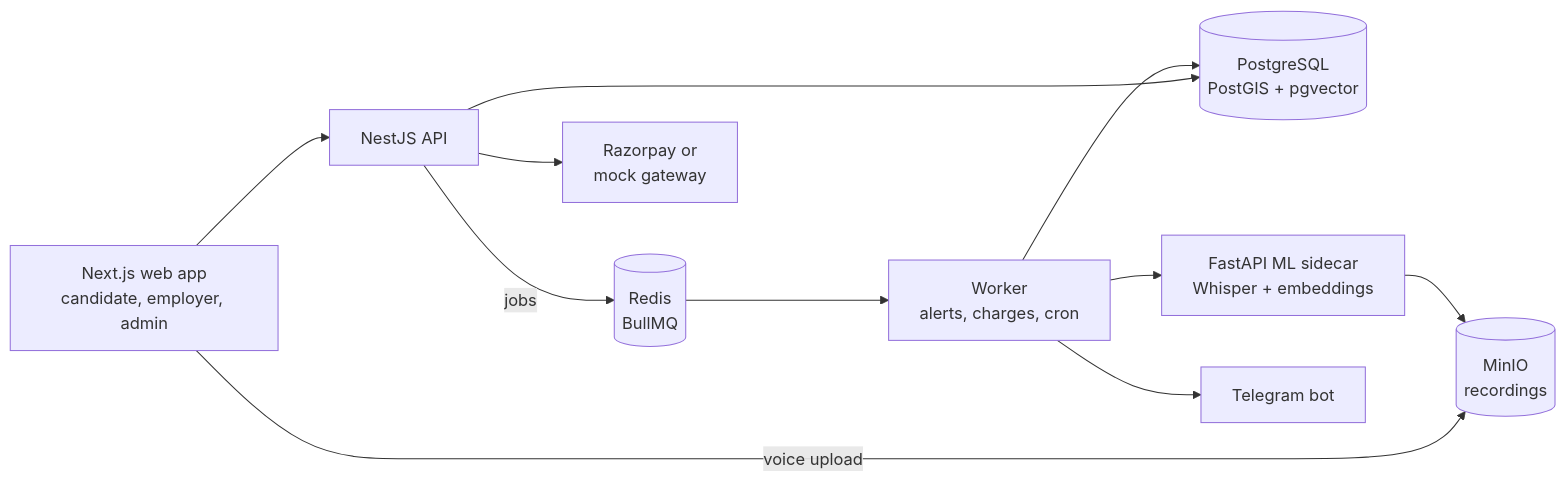
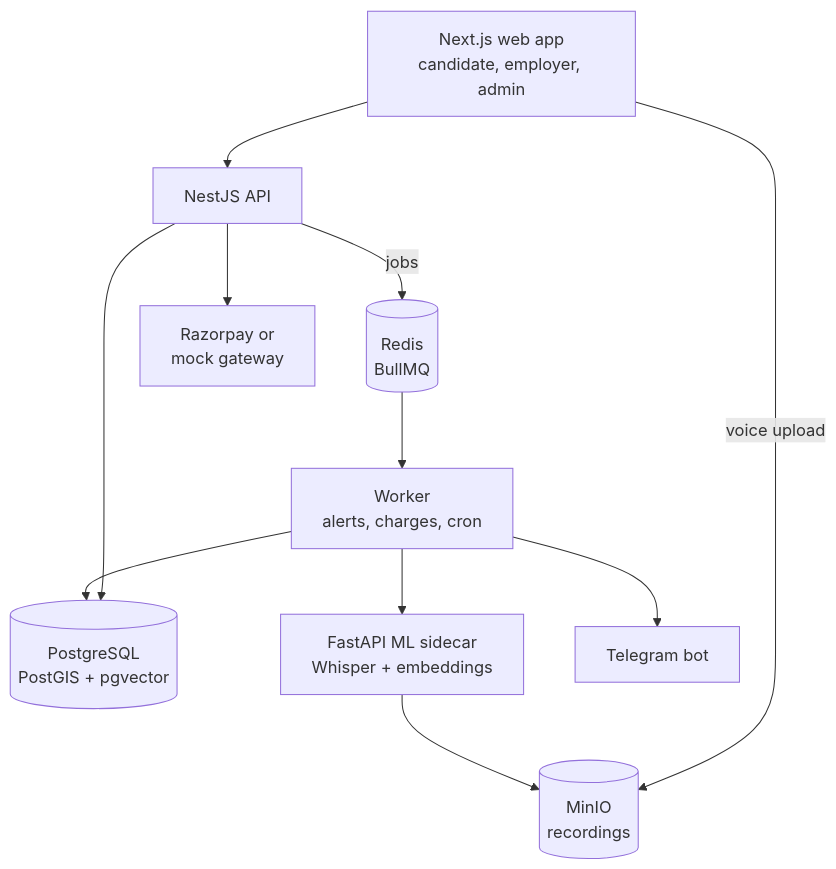
Before and after one commit to SanchitSlayer/walkins: the second of 2 diagrams in README.md, drawn with Mermaid.

Commit message:
Lay out architecture diagram top to bottom

````diff
--- a/README.md
+++ b/README.md
@@ -74,13 +74,13 @@
 ```mermaid
-flowchart LR
+flowchart TB
     WEB["Next.js web app<br/>candidate, employer, admin"] --> API["NestJS API"]
     WEB -- "voice upload" --> S3[("MinIO<br/>recordings")]
     API --> PG[("PostgreSQL<br/>PostGIS + pgvector")]
     API -- "jobs" --> REDIS[("Redis<br/>BullMQ")]
     API --> PAY["Razorpay or<br/>mock gateway"]
     REDIS --> WORKER["Worker<br/>alerts, charges, cron"]
     WORKER --> ML["FastAPI ML sidecar<br/>Whisper + embeddings"]
     WORKER --> TG["Telegram bot"]
     WORKER --> PG
     ML --> S3
 ```
````
